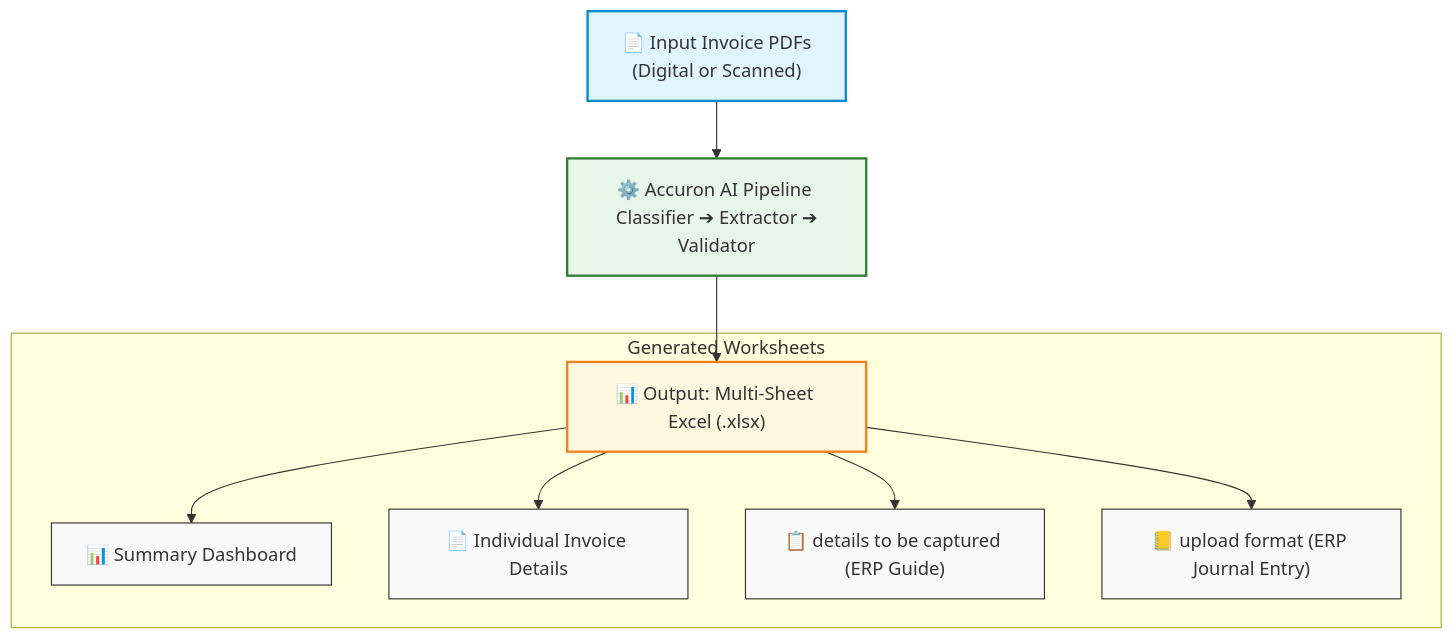
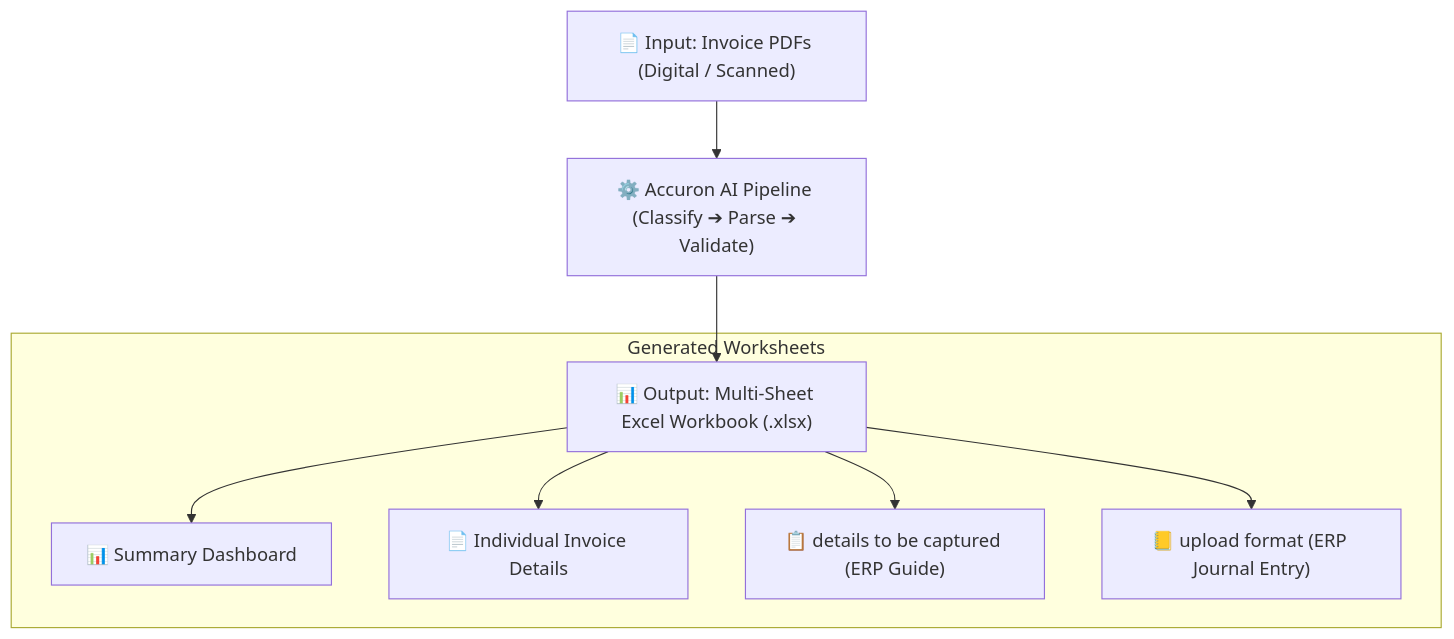
Before and after one commit to Punya23/AI_Invoice_Parser: the first of 2 diagrams in README.md, drawn with Mermaid. The commit also changed other lines of this file, not shown here.

Commit message:
docs: modernize and simplify diagrams in README to use color-free theme-native Mermaid flows

````diff
--- a/README.md
+++ b/README.md
@@ -15,17 +15,12 @@
 ```mermaid
 graph TD
-    classDef default fill:#f9f9f9,stroke:#333,stroke-width:1px;
-    classDef input fill:#e1f5fe,stroke:#0288d1,stroke-width:2px;
-    classDef process fill:#e8f5e9,stroke:#2e7d32,stroke-width:2px;
-    classDef output fill:#fff8e1,stroke:#f57f17,stroke-width:2px;
-
-    In["📄 Input Invoice PDFs <br>(Digital or Scanned)"]:::input --> Pipeline["⚙️ Accuron AI Pipeline <br> Classifier ➔ Extractor ➔ Validator"]:::process
-    Pipeline --> Out["📊 Output: Multi-Sheet Excel (.xlsx)"]:::output
+    In["📄 Input: Invoice PDFs (Digital / Scanned)"] --> Pipeline["⚙️ Accuron AI Pipeline (Classify ➔ Parse ➔ Validate)"]
+    Pipeline --> Out["📊 Output: Multi-Sheet Excel Workbook (.xlsx)"]
     
     subgraph Generated Worksheets
         Out --> S1["📊 Summary Dashboard"]
         Out --> S2["📄 Individual Invoice Details"]
         Out --> S3["📋 details to be captured (ERP Guide)"]
         Out --> S4["📒 upload format (ERP Journal Entry)"]
     end
 ```
````
